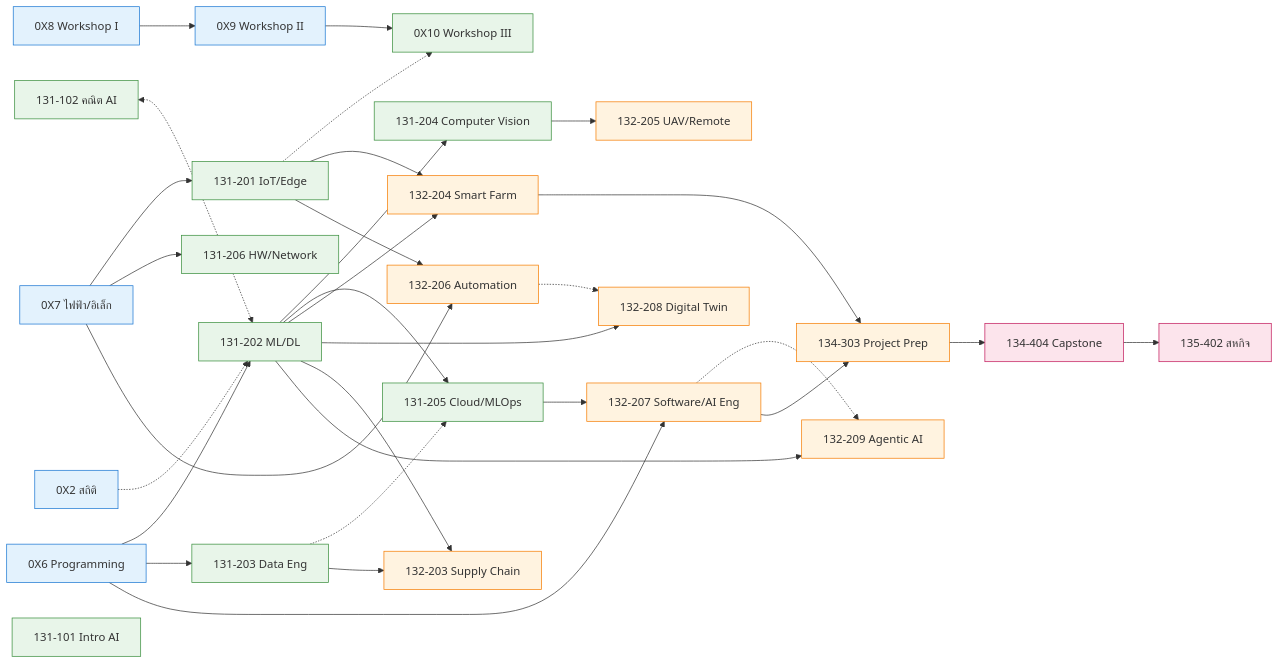
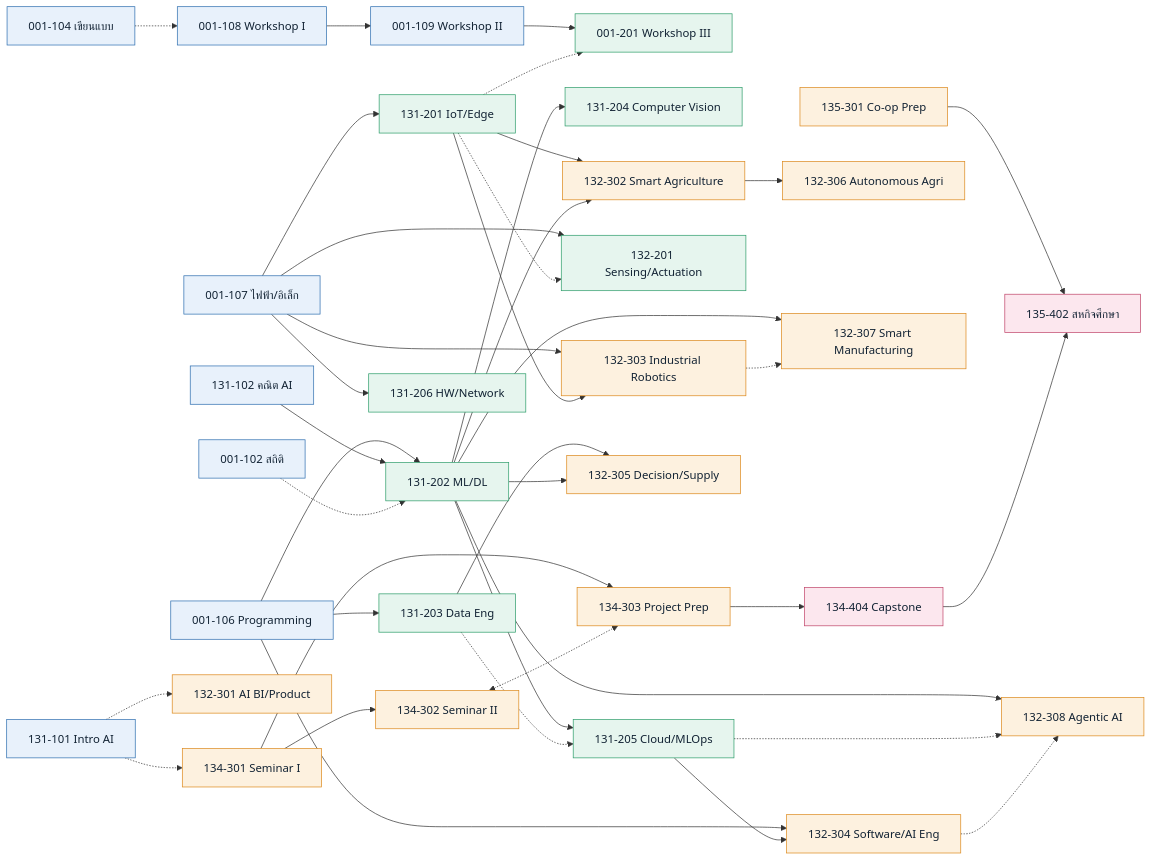
The diagram in Labor_Growth_Report_Vault/03_OBE_PLO_Design_2570/08_Study_Plan_and_Dependencies.md (babankbro/KSU-AI-EN), drawn with Mermaid before and after one commit. The commit also changed other lines of this file and 33 other files, not shown here.

````diff
--- a/Labor_Growth_Report_Vault/03_OBE_PLO_Design_2570/08_Study_Plan_and_Dependencies.md
+++ b/Labor_Growth_Report_Vault/03_OBE_PLO_Design_2570/08_Study_Plan_and_Dependencies.md
@@ -21,65 +34,81 @@
 ```mermaid
 flowchart LR
-  classDef y1 fill:#e3f2fd,stroke:#1976d2
-  classDef y2 fill:#e8f5e9,stroke:#388e3c
-  classDef y3 fill:#fff3e0,stroke:#f57c00
-  classDef y4 fill:#fce4ec,stroke:#c2185b
+  classDef y1 fill:#e8f1fb,stroke:#2f6fb0,color:#123
+  classDef y2 fill:#e6f5ee,stroke:#2f9e6b,color:#123
+  classDef y3 fill:#fdf1df,stroke:#dd8a1e,color:#123
+  classDef y4 fill:#fce7ee,stroke:#c1466b,color:#123
 
-  PROG["0X6 Programming"]:::y1
-  ELEC["0X7 ไฟฟ้า/อิเล็ก"]:::y1
-  STAT["0X2 สถิติ"]:::y1
-  W1["0X8 Workshop I"]:::y1
-  W2["0X9 Workshop II"]:::y1
+  PROG["001-106 Programming"]:::y1
+  ELEC["001-107 ไฟฟ้า/อิเล็ก"]:::y1
+  STAT["001-102 สถิติ"]:::y1
+  DRAW["001-104 เขียนแบบ"]:::y1
+  W1["001-108 Workshop I"]:::y1
+  W2["001-109 Workshop II"]:::y1
+  INTRO["131-101 Intro AI"]:::y1
+  MATH["131-102 คณิต AI"]:::y1
 
-  MATH["131-102 คณิต AI"]:::y2
-  INTRO["131-101 Intro AI"]:::y2
   ML["131-202 ML/DL"]:::y2
   DATA["131-203 Data Eng"]:::y2
+  IOT["131-201 IoT/Edge"]:::y2
+  W3["001-201 Workshop III"]:::y2
   CV["131-204 Computer Vision"]:::y2
-  IOT["131-201 IoT/Edge"]:::y2
   CLOUD["131-205 Cloud/MLOps"]:::y2
   HW["131-206 HW/Network"]:::y2
-  W3["0X10 Workshop III"]:::y2
+  SENSE["132-201 Sensing/Actuation"]:::y2
 
-  AUTO["132-206 Automation"]:::y3
-  FARM["132-204 Smart Farm"]:::y3
-  SW["132-207 Software/AI Eng"]:::y3
-  TWIN["132-208 Digital Twin"]:::y3
-  UAV["132-205 UAV/Remote"]:::y3
-  SUP["132-203 Supply Chain"]:::y3
-  AGENT["132-209 Agentic AI"]:::y3
+  BIZ["132-301 AI BI/Product"]:::y3
+  FARM["132-302 Smart Agriculture"]:::y3
+  ROBO["132-303 Industrial Robotics"]:::y3
+  SW["132-304 Software/AI Eng"]:::y3
+  SUP["132-305 Decision/Supply"]:::y3
+  AGRO["132-306 Autonomous Agri"]:::y3
+  MFG["132-307 Smart Manufacturing"]:::y3
+  AGENT["132-308 Agentic AI"]:::y3
+  SEM1["134-301 Seminar I"]:::y3
+  SEM2["134-302 Seminar II"]:::y3
+  PREP["134-303 Project Prep"]:::y3
+  COPREP["135-301 Co-op Prep"]:::y3
 
-  PREP["134-303 Project Prep"]:::y3
   CAP["134-404 Capstone"]:::y4
-  COOP["135-402 สหกิจ"]:::y4
+  COOP["135-402 สหกิจศึกษา"]:::y4
 
   PROG --> ML
-  MATH <-.-> ML
+  MATH --> ML
   STAT -.-> ML
   PROG --> DATA
+  ELEC --> IOT
+  DRAW -.-> W1
+  W1 --> W2 --> W3
+  IOT -.-> W3
+
   ML --> CV
   ML --> CLOUD
   DATA -.-> CLOUD
-  ELEC --> IOT
   ELEC --> HW
-  W1 --> W2 --> W3
-  IOT -.-> W3
+  ELEC --> SENSE
+  IOT -.-> SENSE
 
+  INTRO -.-> BIZ
+  IOT --> FARM
   ML --> FARM
-  IOT --> FARM
-  ELEC --> AUTO
-  IOT --> AUTO
+  ELEC --> ROBO
+  IOT --> ROBO
   PROG --> SW
   CLOUD --> SW
-  ML --> TWIN
-  AUTO -.-> TWIN
-  CV --> UAV
   DATA --> SUP
   ML --> SUP
+  FARM --> AGRO
+  ML --> MFG
+  ROBO -.-> MFG
   ML --> AGENT
+  CLOUD -.-> AGENT
   SW -.-> AGENT
 
-  FARM --> PREP
-  SW --> PREP
-  PREP --> CAP --> COOP
+  INTRO -.-> SEM1
+  SEM1 --> SEM2
+  SEM1 --> PREP
+  SEM2 <-.-> PREP
+  PREP --> CAP
+  COPREP --> COOP
+  CAP --> COOP
 ```
````
